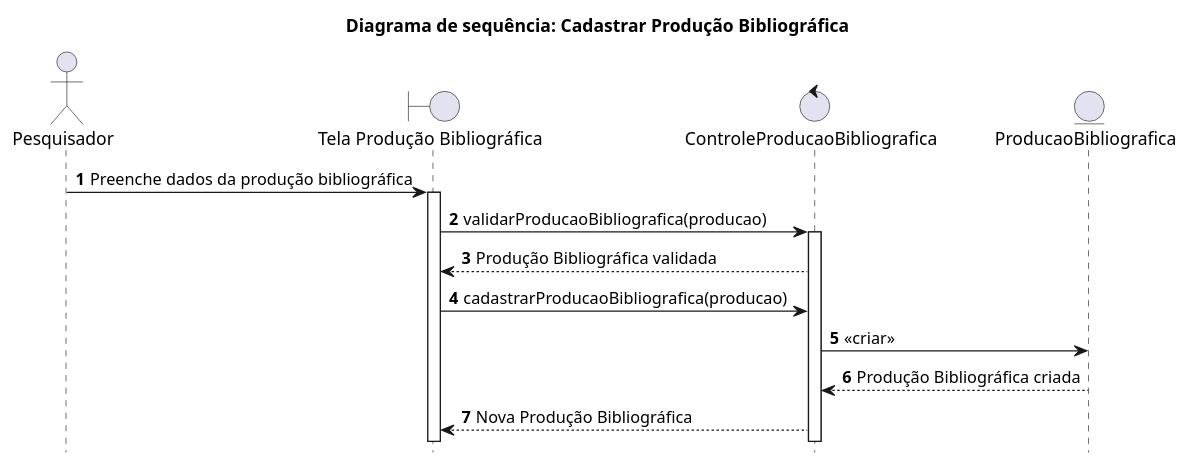
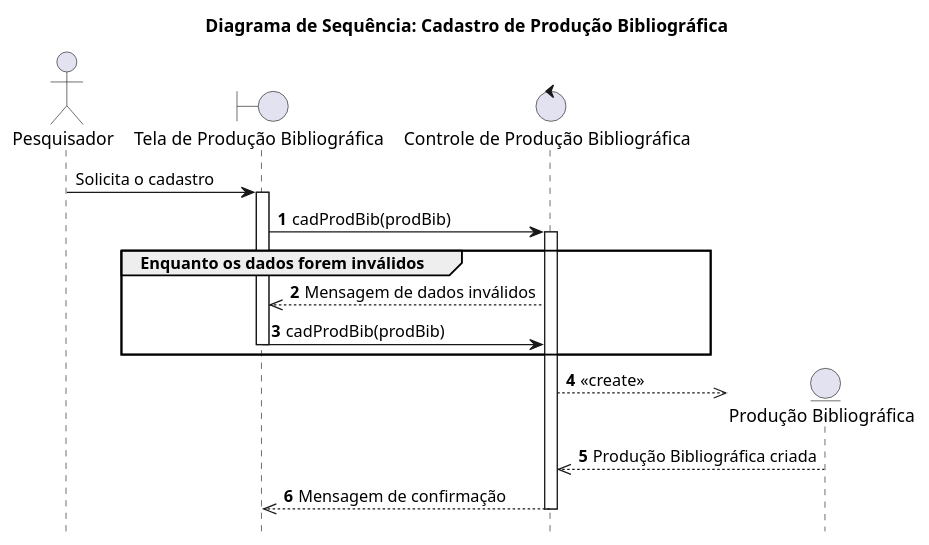
The diagram in Diagramas/ProducaoBibliografica/cadastrarProducaBibliografica.wsd (WellingtonFelipeLS/Lattes-Simplificado), drawn with PlantUML before and after one commit. The commit also changed 19 other files, not shown here.

Commit message:
Patronização dos diagramas.

```diff
--- a/Diagramas/ProducaoBibliografica/cadastrarProducaBibliografica.wsd
+++ b/Diagramas/ProducaoBibliografica/cadastrarProducaBibliografica.wsd
@@ -1,19 +1,24 @@
 @startuml DiagramaCadastrarProducaoBibliografica
-title "Diagrama de sequência: Cadastrar Produção Bibliográfica"
+title "Diagrama de Sequência: Cadastro de Produção Bibliográfica"
 hide footbox
 
 actor "Pesquisador" as Pesquisador
-boundary "Tela Produção Bibliográfica" as UIProducaoBibliografica
-control "ControleProducaoBibliografica" as ControleProducaoBibliografica
-entity "ProducaoBibliografica" as ProducaoBibliografica
+boundary "Tela de Produção Bibliográfica" as UIProducaoBibliografica
+control "Controle de Produção Bibliográfica" as ControleProducaoBibliografica
+entity "Produção Bibliográfica" as ProducaoBibliografica
+
+Pesquisador -> UIProducaoBibliografica++: Solicita o cadastro
 
 autonumber
-Pesquisador -> UIProducaoBibliografica++: Preenche dados da produção bibliográfica
-UIProducaoBibliografica -> ControleProducaoBibliografica++: validarProducaoBibliografica(producao)
-ControleProducaoBibliografica --> UIProducaoBibliografica: Produção Bibliográfica validada
-UIProducaoBibliografica -> ControleProducaoBibliografica: cadastrarProducaoBibliografica(producao)
-ControleProducaoBibliografica -> ProducaoBibliografica: <<criar>>
-ProducaoBibliografica --> ControleProducaoBibliografica: Produção Bibliográfica criada
-ControleProducaoBibliografica --> UIProducaoBibliografica: Nova Produção Bibliográfica
+UIProducaoBibliografica -> ControleProducaoBibliografica++: cadProdBib(prodBib)
+
+group Enquanto os dados forem inválidos
+ControleProducaoBibliografica -->> UIProducaoBibliografica: Mensagem de dados inválidos
+UIProducaoBibliografica -> ControleProducaoBibliografica --: cadProdBib(prodBib)
+end
+
+ControleProducaoBibliografica -->> ProducaoBibliografica **: <<create>>
+ProducaoBibliografica -->> ControleProducaoBibliografica: Produção Bibliográfica criada
+ControleProducaoBibliografica -->> UIProducaoBibliografica --: Mensagem de confirmação
 autonumber stop
 @enduml
```
